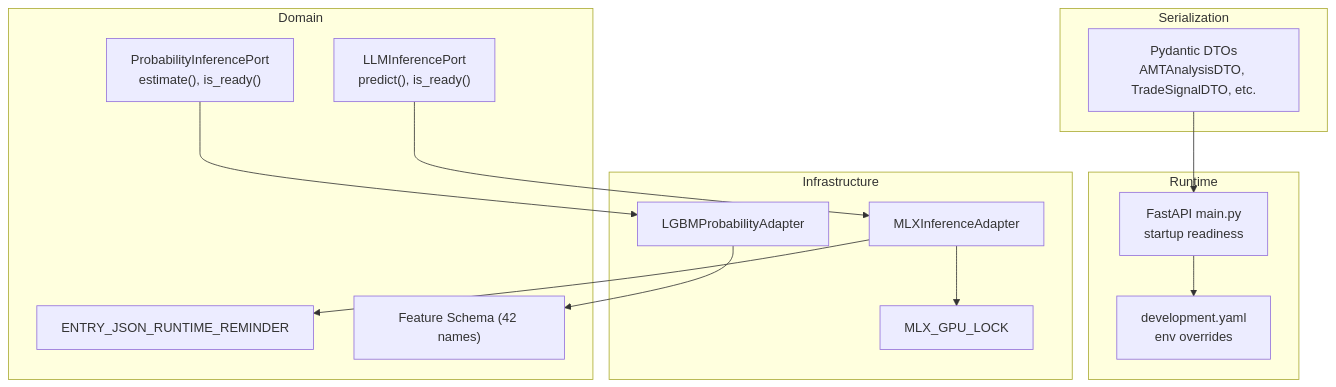
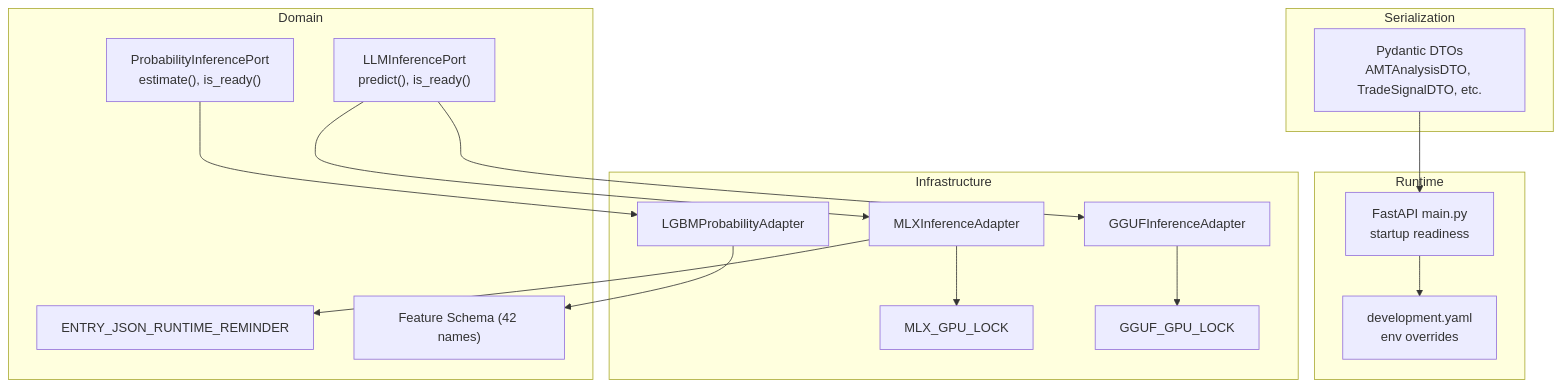
One commit to gemrajkhatry-maker/v5-of-glassytrade-ai changed the first of 6 diagrams in .qoder/repowiki/en/content/Backend Application/Infrastructure Adapters/ML Inference Adapters.md. Above: the diagram before and after it, drawn with Mermaid. The commit also changed other lines of this file and 930 other files, not shown here.

````diff
--- a/.qoder/repowiki/en/content/Backend Application/Infrastructure Adapters/ML Inference Adapters.md
+++ b/.qoder/repowiki/en/content/Backend Application/Infrastructure Adapters/ML Inference Adapters.md
@@ -39,28 +49,32 @@
 ```mermaid
 graph TB
 subgraph "Domain"
 LLMPort["LLMInferencePort<br/>predict(), is_ready()"]
 ProbPort["ProbabilityInferencePort<br/>estimate(), is_ready()"]
 Contract["ENTRY_JSON_RUNTIME_REMINDER"]
 Features["Feature Schema (42 names)"]
 end
 subgraph "Infrastructure"
 MLX["MLXInferenceAdapter"]
+GGUF["GGUFInferenceAdapter"]
 LGBM["LGBMProbabilityAdapter"]
 GPULock["MLX_GPU_LOCK"]
+GGUFLock["GGUF_GPU_LOCK"]
 end
 subgraph "Serialization"
 DTOs["Pydantic DTOs<br/>AMTAnalysisDTO, TradeSignalDTO, etc."]
 end
 subgraph "Runtime"
 Main["FastAPI main.py<br/>startup readiness"]
 Env["development.yaml<br/>env overrides"]
 end
 LLMPort --> MLX
+LLMPort --> GGUF
 ProbPort --> LGBM
 MLX --> GPULock
+GGUF --> GGUFLock
 LGBM --> Features
 MLX --> Contract
 DTOs --> Main
 Main --> Env
 ```
````
